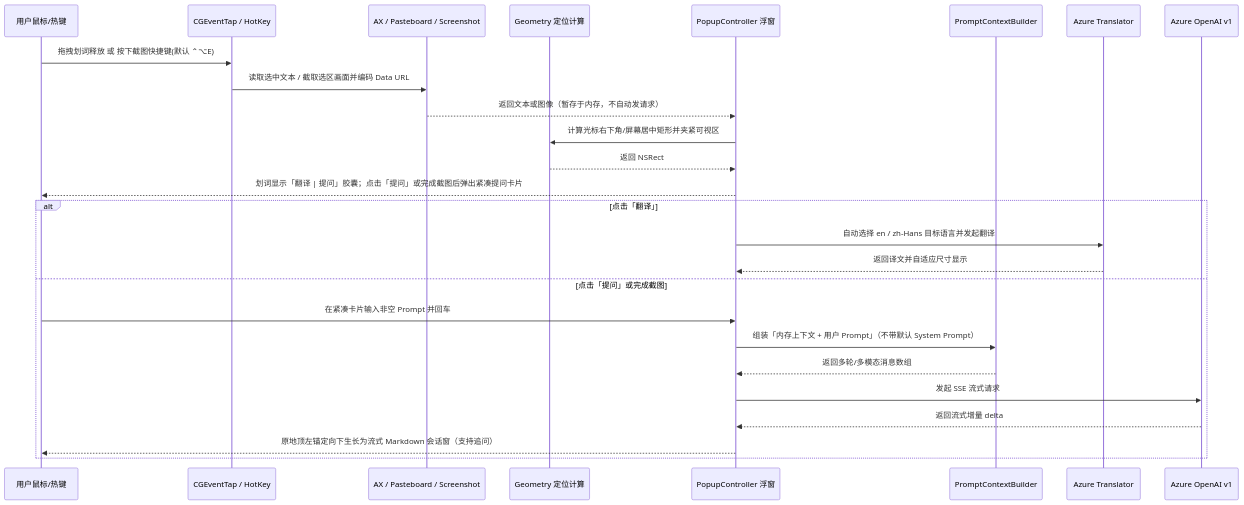
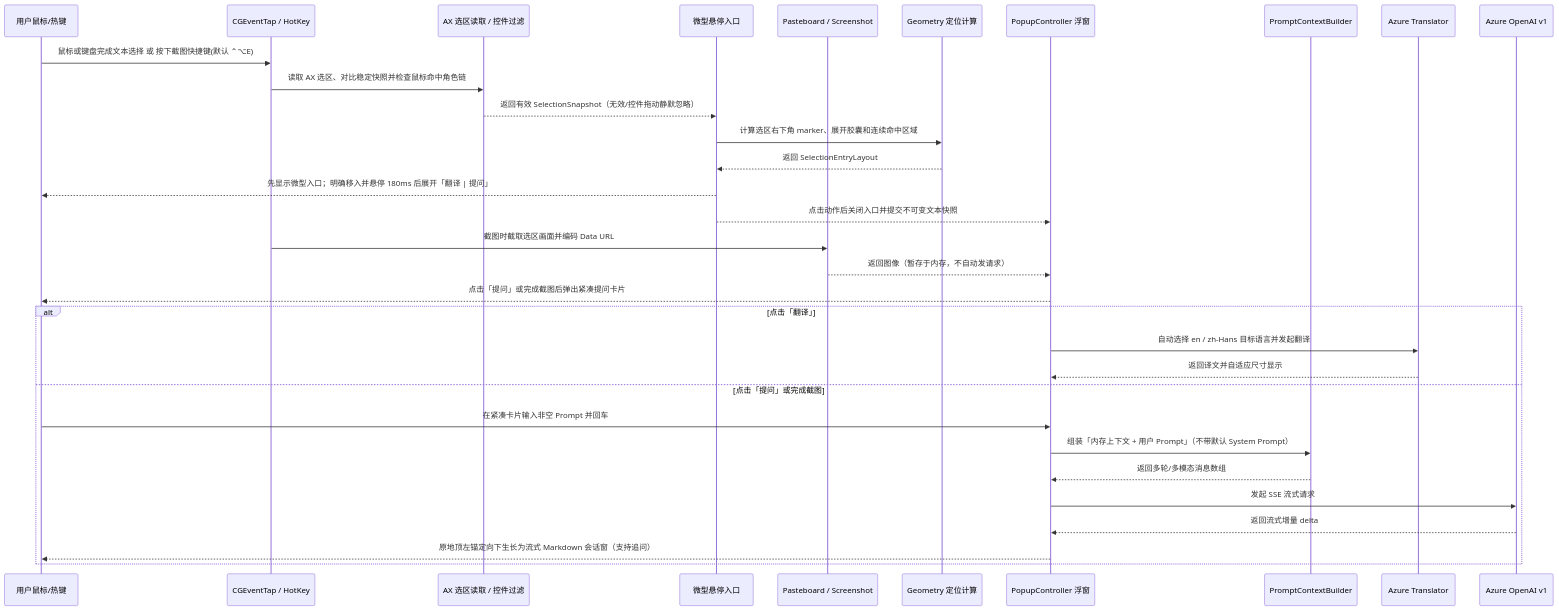
The second of 2 diagrams in docs/architecture/overview.md (Sofiawuh/Glint), drawn with Mermaid before and after one commit. The commit also changed other lines of this file and 18 other files, not shown here.

Commit message:
feat: add selection hover entry

````diff
--- a/docs/architecture/overview.md
+++ b/docs/architecture/overview.md
@@ -36,29 +44,35 @@
 ```mermaid
 sequenceDiagram
     participant User as 用户鼠标/热键
     participant Tap as CGEventTap / HotKey
-    participant Extractor as AX / Pasteboard / Screenshot
+    participant Selection as AX 选区读取 / 控件过滤
+    participant Entry as 微型悬停入口
+    participant Extractor as Pasteboard / Screenshot
     participant Geo as Geometry 定位计算
     participant Popup as PopupController 浮窗
     participant Builder as PromptContextBuilder
     participant Translator as Azure Translator
     participant GPT as Azure OpenAI v1
 
-    User->>Tap: 拖拽划词释放 或 按下截图快捷键(默认 ⌃⌥E)
-    Tap->>Extractor: 读取选中文本 / 截取选区画面并编码 Data URL
-    Extractor-->>Popup: 返回文本或图像（暂存于内存，不自动发请求）
-    Popup->>Geo: 计算光标右下角/屏幕居中矩形并夹紧可视区
-    Geo-->>Popup: 返回 NSRect
-    Popup-->>User: 划词显示「翻译 | 提问」胶囊；点击「提问」或完成截图后弹出紧凑提问卡片
+    User->>Tap: 鼠标或键盘完成文本选择 或 按下截图快捷键(默认 ⌃⌥E)
+    Tap->>Selection: 读取 AX 选区、对比稳定快照并检查鼠标命中角色链
+    Selection-->>Entry: 返回有效 SelectionSnapshot（无效/控件拖动静默忽略）
+    Entry->>Geo: 计算选区右下角 marker、展开胶囊和连续命中区域
+    Geo-->>Entry: 返回 SelectionEntryLayout
+    Entry-->>User: 先显示微型入口；明确移入并悬停 180ms 后展开「翻译 | 提问」
+    Entry-->>Popup: 点击动作后关闭入口并提交不可变文本快照
+    Tap->>Extractor: 截图时截取选区画面并编码 Data URL
+    Extractor-->>Popup: 返回图像（暂存于内存，不自动发请求）
+    Popup-->>User: 点击「提问」或完成截图后弹出紧凑提问卡片
     alt 点击「翻译」
         Popup->>Translator: 自动选择 en / zh-Hans 目标语言并发起翻译
         Translator-->>Popup: 返回译文并自适应尺寸显示
     else 点击「提问」或完成截图
         User->>Popup: 在紧凑卡片输入非空 Prompt 并回车
         Popup->>Builder: 组装「内存上下文 + 用户 Prompt」（不带默认 System Prompt）
         Builder-->>Popup: 返回多轮/多模态消息数组
         Popup->>GPT: 发起 SSE 流式请求
         GPT-->>Popup: 返回流式增量 delta
         Popup-->>User: 原地顶左锚定向下生长为流式 Markdown 会话窗（支持追问）
     end
 ```
````
